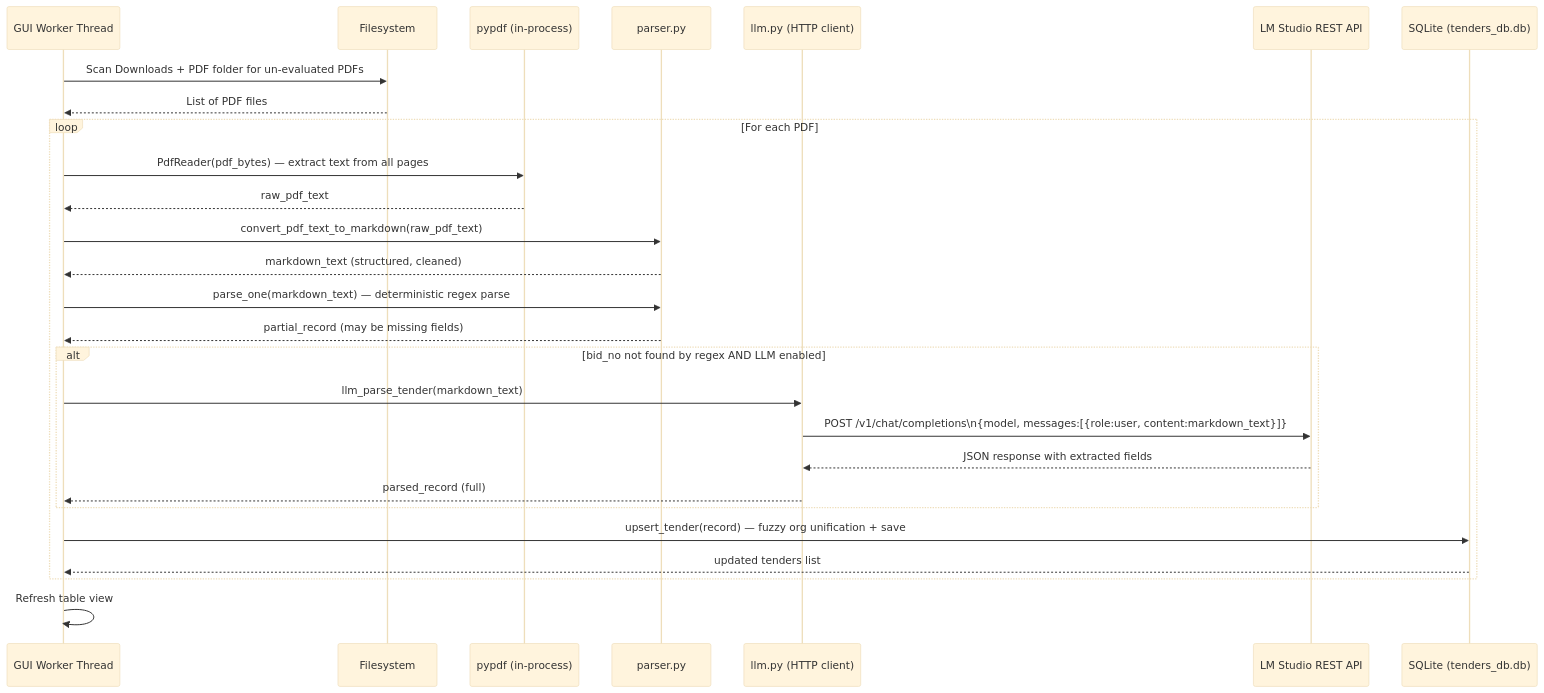
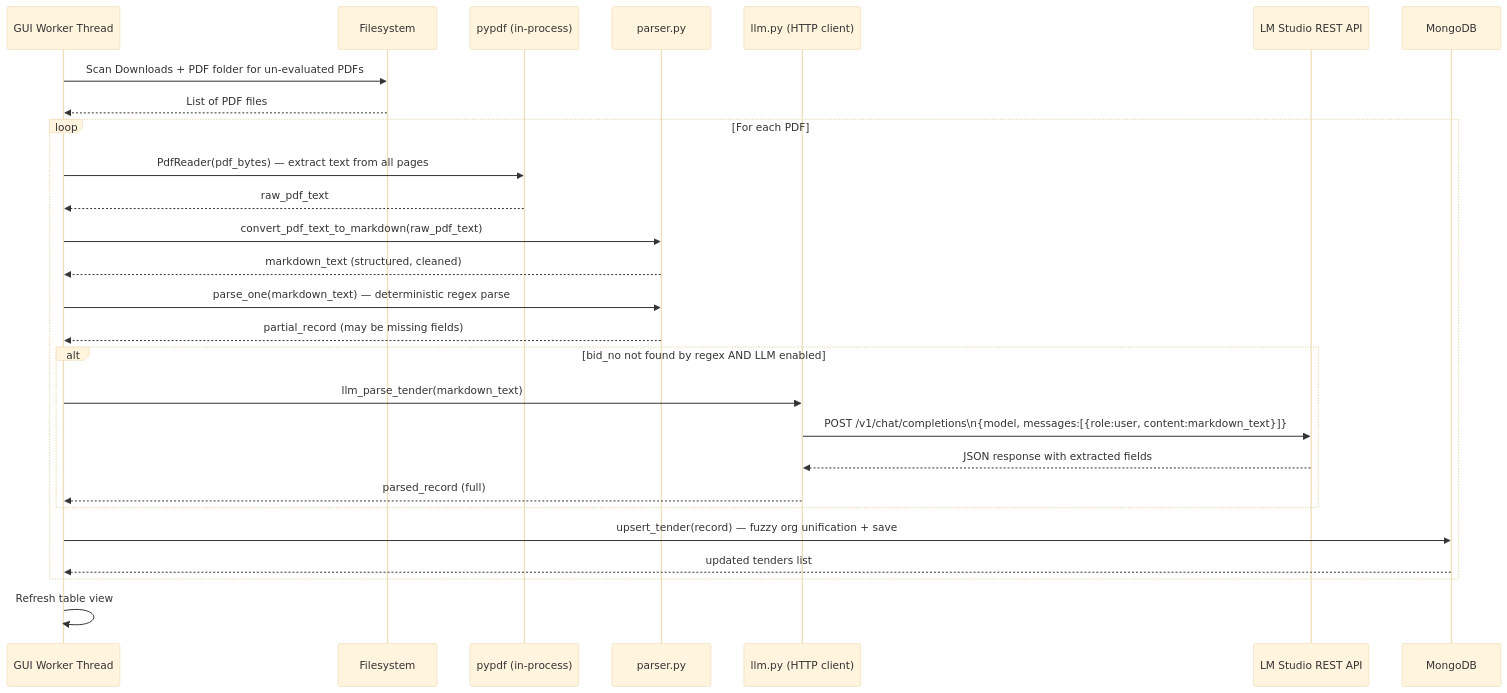
One commit to Jaiswal-ruhil/tenderTracker changed the second of 3 diagrams in README.md. Above: the diagram before and after it, drawn with Mermaid (base theme). The commit also changed other lines of this file and 50 other files, not shown here.

````diff
--- a/README.md
+++ b/README.md
@@ -96,36 +96,36 @@
 ```mermaid
 sequenceDiagram
     participant UI as GUI Worker Thread
     participant FS as Filesystem
     participant pypdf as pypdf (in-process)
     participant Parser as parser.py
     participant LLM as llm.py (HTTP client)
     participant LMS as LM Studio REST API
-    participant DB as SQLite (tenders_db.db)
+    participant DB as MongoDB
 
     UI->>FS: Scan Downloads + PDF folder for un-evaluated PDFs
     FS-->>UI: List of PDF files
 
     loop For each PDF
         UI->>pypdf: PdfReader(pdf_bytes) — extract text from all pages
         pypdf-->>UI: raw_pdf_text
 
         UI->>Parser: convert_pdf_text_to_markdown(raw_pdf_text)
         Parser-->>UI: markdown_text (structured, cleaned)
 
         UI->>Parser: parse_one(markdown_text) — deterministic regex parse
         Parser-->>UI: partial_record (may be missing fields)
 
         alt bid_no not found by regex AND LLM enabled
             UI->>LLM: llm_parse_tender(markdown_text)
             LLM->>LMS: POST /v1/chat/completions\n{model, messages:[{role:user, content:markdown_text}]}
             LMS-->>LLM: JSON response with extracted fields
             LLM-->>UI: parsed_record (full)
         end
 
         UI->>DB: upsert_tender(record) — fuzzy org unification + save
         DB-->>UI: updated tenders list
     end
 
     UI->>UI: Refresh table view
 ```
````
